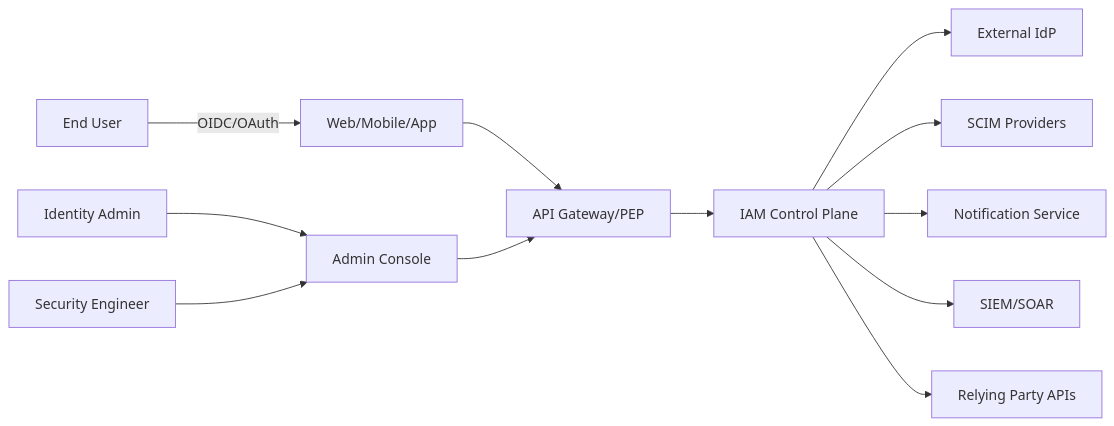
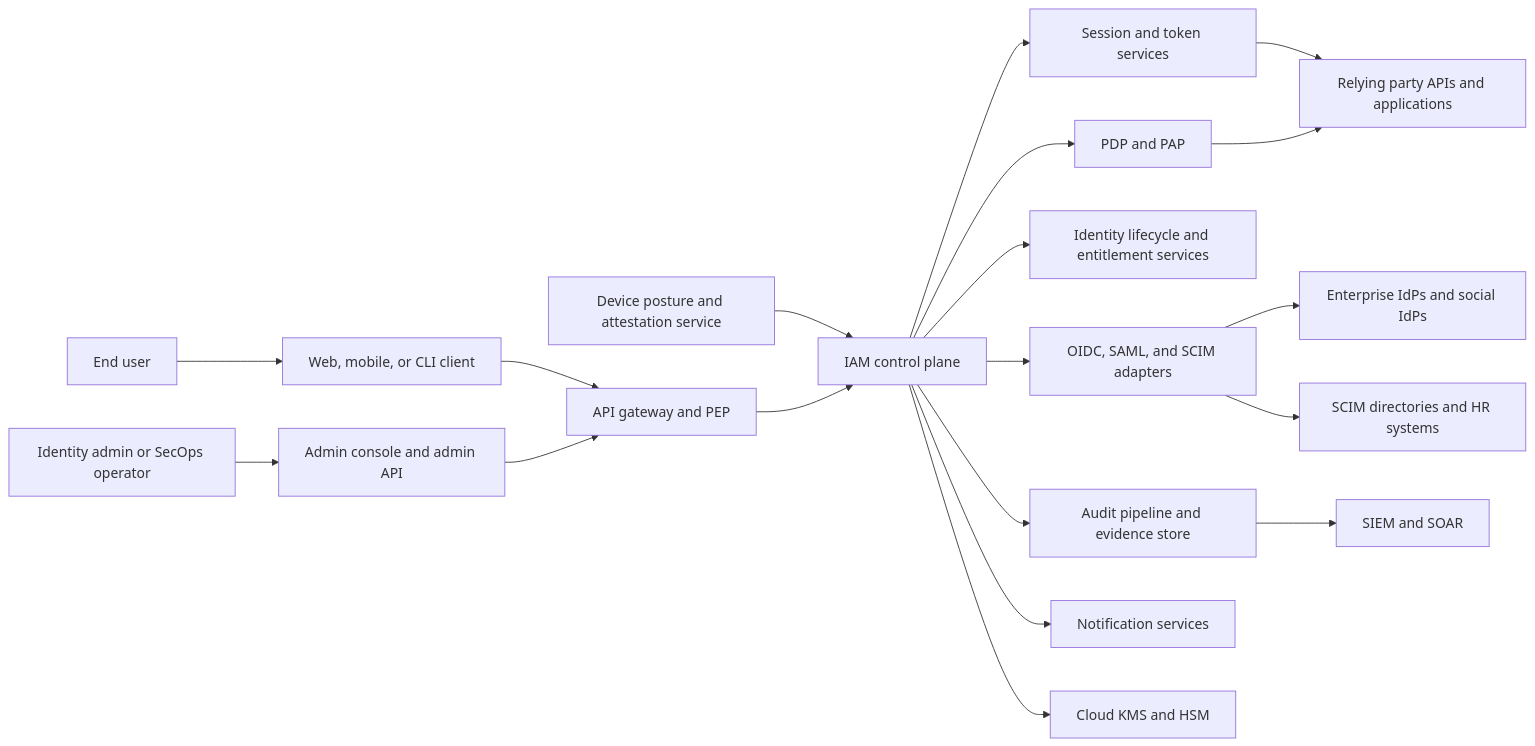
One commit to 0Ankit0/Project-Ideas changed the diagram in Identity and Access Management Platform/analysis/system-context-diagram.md. Above: the diagram before and after it, drawn with Mermaid. The commit also changed other lines of this file and 14 other files, not shown here.

````diff
--- a/Identity and Access Management Platform/analysis/system-context-diagram.md
+++ b/Identity and Access Management Platform/analysis/system-context-diagram.md
@@ -3,17 +7,21 @@
 ```mermaid
 flowchart LR
-    User[End User] -->|OIDC/OAuth| Channel[Web/Mobile/App]
-    Admin[Identity Admin] --> Console[Admin Console]
-    SecOps[Security Engineer] --> Console
-
-    Channel --> APIGW[API Gateway/PEP]
-    Console --> APIGW
-
-    APIGW --> IAM[IAM Control Plane]
-    IAM --> IdP[External IdP]
-    IAM --> SCIM[SCIM Providers]
-    IAM --> Notify[Notification Service]
-    IAM --> SIEM[SIEM/SOAR]
-
-    IAM --> RP[Relying Party APIs]
+    User["End user"] --> App["Web, mobile, or CLI client"]
+    Admin["Identity admin or SecOps operator"] --> Console["Admin console and admin API"]
+    Device["Device posture and attestation service"] --> IAM["IAM control plane"]
+    App --> Gateway["API gateway and PEP"]
+    Console --> Gateway
+    Gateway --> IAM
+    IAM --> Token["Session and token services"]
+    IAM --> Policy["PDP and PAP"]
+    IAM --> Lifecycle["Identity lifecycle and entitlement services"]
+    IAM --> Federation["OIDC, SAML, and SCIM adapters"]
+    IAM --> Audit["Audit pipeline and evidence store"]
+    IAM --> Notify["Notification services"]
+    IAM --> HSM["Cloud KMS and HSM"]
+    Federation --> IdP["Enterprise IdPs and social IdPs"]
+    Federation --> Directory["SCIM directories and HR systems"]
+    Token --> RP["Relying party APIs and applications"]
+    Policy --> RP
+    Audit --> SIEM["SIEM and SOAR"]
 ```
````
